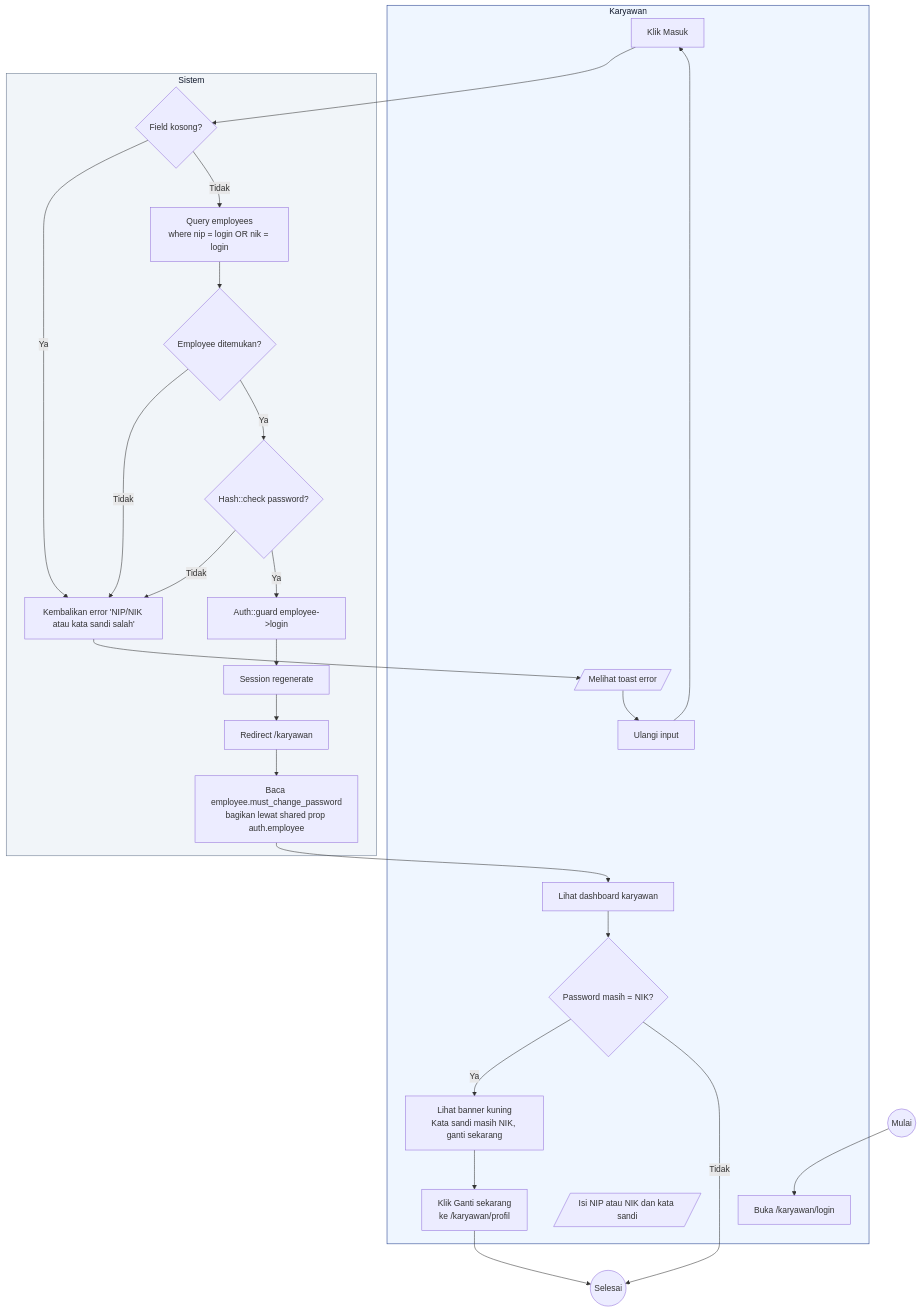
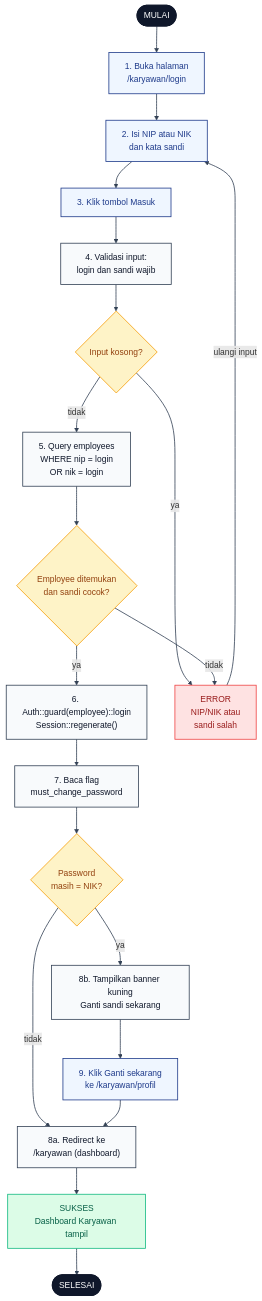
The diagram in docs/activity-diagrams/02-login-karyawan.md (radacore/absensi-pu), drawn with Mermaid before and after one commit. The commit also changed other lines of this file and 22 other files, not shown here.

First line of the commit message:
docs(diagram): terapkan pola mermaid flowchart TD ke 23 diagram sisanya

````diff
--- a/docs/activity-diagrams/02-login-karyawan.md
+++ b/docs/activity-diagrams/02-login-karyawan.md
@@ -11,55 +11,61 @@
 ```mermaid
 flowchart TD
-    Start((Mulai)) --> K1
+    START([MULAI]):::se
 
-    subgraph Karyawan[Karyawan]
-        K1[Buka /karyawan/login]
-        K2[/Isi NIP atau NIK dan kata sandi/]
-        K3[Klik Masuk]
-        K8[/Melihat toast error/]
-        K9[Ulangi input]
-        K10[Lihat dashboard karyawan]
-        K11{Password masih = NIK?}
-        K12[Lihat banner kuning<br/>Kata sandi masih NIK, ganti sekarang]
-        K13[Klik Ganti sekarang<br/>ke /karyawan/profil]
-    end
+    A1["1. Buka halaman<br/>/karyawan/login"]:::user
+    A2["2. Isi NIP atau NIK<br/>dan kata sandi"]:::user
+    A3["3. Klik tombol Masuk"]:::user
 
-    subgraph Sistem[Sistem]
-        S1{Field kosong?}
-        S2[Query employees<br/>where nip = login OR nik = login]
-        S3{Employee ditemukan?}
-        S4{Hash::check password?}
-        S5[Auth::guard employee->login]
-        S6[Session regenerate]
-        S7[Redirect /karyawan]
-        S8[Kembalikan error 'NIP/NIK atau kata sandi salah']
-        S9[Baca employee.must_change_password<br/>bagikan lewat shared prop auth.employee]
-    end
+    S1["4. Validasi input:<br/>login dan sandi wajib"]:::sys
+    D1{"Input kosong?"}:::dec
 
-    K3 --> S1
-    S1 -->|Ya| S8
-    S1 -->|Tidak| S2
-    S2 --> S3
-    S3 -->|Tidak| S8
-    S3 -->|Ya| S4
-    S4 -->|Tidak| S8
-    S4 -->|Ya| S5
-    S5 --> S6
-    S6 --> S7
-    S7 --> S9
-    S9 --> K10
-    K10 --> K11
-    K11 -->|Ya| K12
-    K11 -->|Tidak| End((Selesai))
-    K12 --> K13
-    K13 --> End
-    S8 --> K8
-    K8 --> K9
-    K9 --> K3
+    S2["5. Query employees<br/>WHERE nip = login<br/>OR nik = login"]:::sys
+    D2{"Employee ditemukan<br/>dan sandi cocok?"}:::dec
 
-    classDef actor fill:#EFF6FF,stroke:#1E3A8A,stroke-width:1px,color:#0F172A
-    classDef system fill:#F1F5F9,stroke:#64748B,stroke-width:1px,color:#0F172A
-    classDef warn fill:#FEF3C7,stroke:#F59E0B,stroke-width:1px,color:#92400E
-    class Karyawan actor
-    class Sistem system
+    S3["6. Auth::guard(employee)::login<br/>Session::regenerate()"]:::sys
+    S4["7. Baca flag<br/>must_change_password"]:::sys
+    D3{"Password<br/>masih = NIK?"}:::dec
+
+    S5["8a. Redirect ke<br/>/karyawan (dashboard)"]:::sys
+    S6["8b. Tampilkan banner kuning<br/>Ganti sandi sekarang"]:::sys
+    A4["9. Klik Ganti sekarang<br/>ke /karyawan/profil"]:::user
+
+    E1["ERROR<br/>NIP/NIK atau<br/>sandi salah"]:::err
+
+    OK["SUKSES<br/>Dashboard Karyawan tampil"]:::ok
+    END([SELESAI]):::se
+
+    START --> A1
+    A1 --> A2
+    A2 --> A3
+    A3 --> S1
+    S1 --> D1
+
+    D1 -->|ya| E1
+    D1 -->|tidak| S2
+
+    S2 --> D2
+    D2 -->|tidak| E1
+    D2 -->|ya| S3
+
+    S3 --> S4
+    S4 --> D3
+    D3 -->|tidak| S5
+    D3 -->|ya| S6
+    S6 --> A4
+    A4 --> S5
+
+    S5 --> OK
+    OK --> END
+
+    E1 -->|ulangi input| A2
+
+    classDef se fill:#0F172A,stroke:#0F172A,color:#fff,stroke-width:2px
+    classDef user fill:#EFF6FF,stroke:#1E3A8A,color:#1E3A8A,stroke-width:1.5px
+    classDef sys fill:#F8FAFC,stroke:#334155,color:#0F172A,stroke-width:1.5px
+    classDef dec fill:#FEF3C7,stroke:#F59E0B,color:#92400E,stroke-width:1.5px
+    classDef err fill:#FEE2E2,stroke:#EF4444,color:#991B1B,stroke-width:1.5px
+    classDef ok fill:#DCFCE7,stroke:#10B981,color:#065F46,stroke-width:1.5px
+
+    linkStyle default stroke:#334155,stroke-width:1.5px
 ```
````
